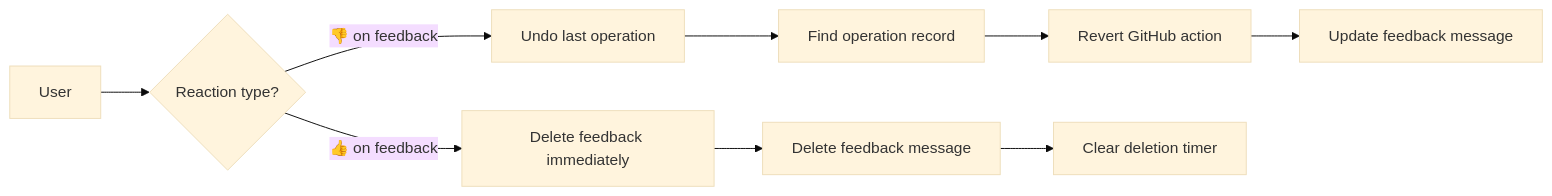
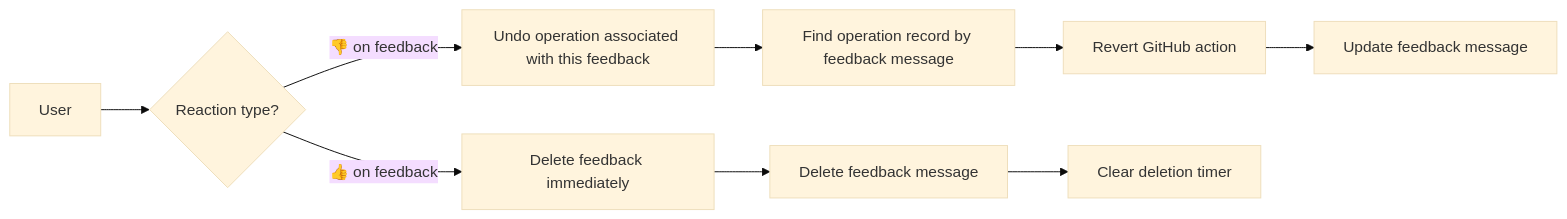
One commit to majus/telegit changed the eighth of 11 diagrams in PRD.md. Above: the diagram before and after it, drawn with Mermaid (base theme). The commit also changed other lines of this file and 4 other files, not shown here.

````diff
--- a/PRD.md
+++ b/PRD.md
@@ -579,13 +575,13 @@
 ```mermaid
 flowchart LR
     User[User] --> React{Reaction type?}
-    React -->|👎 on feedback| Undo[Undo last operation]
+    React -->|👎 on feedback| Undo[Undo operation associated with this feedback]
     React -->|👍 on feedback| Dismiss[Delete feedback immediately]
-    
-    Undo --> FindOp[Find operation record]
+
+    Undo --> FindOp[Find operation record by feedback message]
     FindOp --> Revert[Revert GitHub action]
     Revert --> Update[Update feedback message]
-    
+
     Dismiss --> Delete[Delete feedback message]
     Delete --> Clear[Clear deletion timer]
 ```
````
